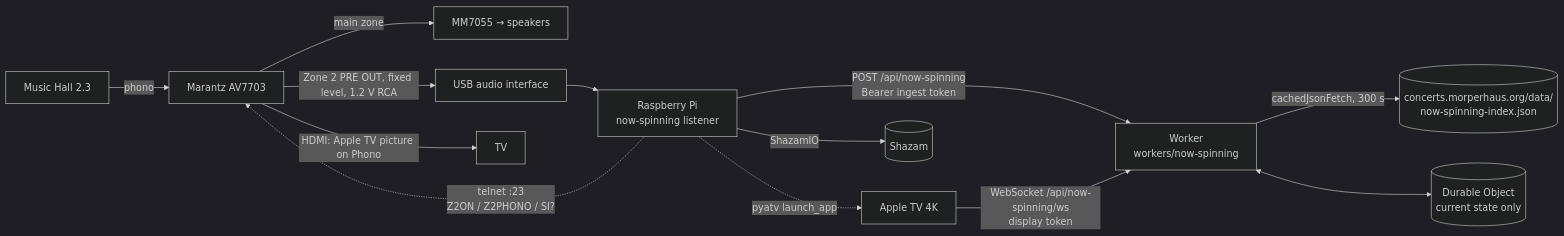
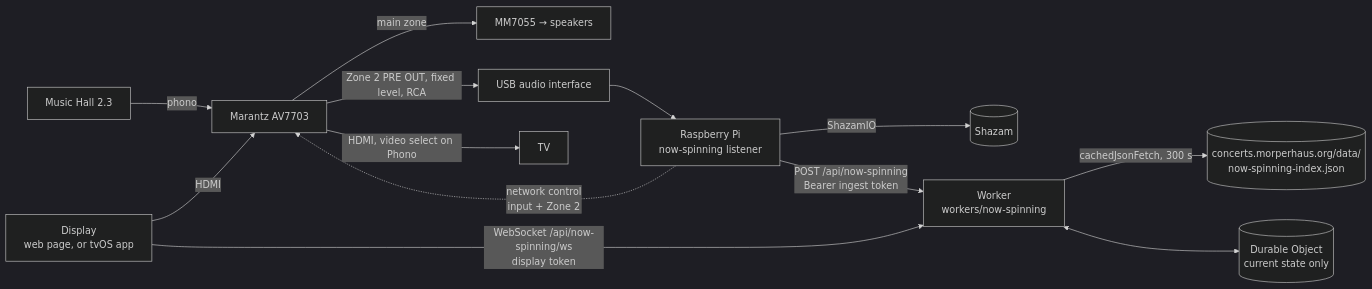
One commit to mmorper/concerts changed the first of 2 diagrams in docs/specs/future/global-now-spinning/global-now-spinning-spec.md. Above: the diagram before and after it, drawn with Mermaid (dark theme). The commit also changed other lines of this file and 6 other files, not shown here.

Commit message:
docs: Now Spinning spec v1.1.0, architecture review corrections (#685)

````diff
--- a/docs/specs/future/global-now-spinning/global-now-spinning-spec.md
+++ b/docs/specs/future/global-now-spinning/global-now-spinning-spec.md
@@ -96,15 +111,15 @@
 ```mermaid
 flowchart LR
   TT[Music Hall 2.3] -->|phono| AVR[Marantz AV7703]
   AVR -->|main zone| AMP[MM7055 → speakers]
-  AVR -->|Zone 2 PRE OUT, fixed level, 1.2 V RCA| USB[USB audio interface]
+  AVR -->|Zone 2 PRE OUT, fixed level, RCA| USB[USB audio interface]
   USB --> PI[Raspberry Pi<br/>now-spinning listener]
-  PI -.->|telnet :23<br/>Z2ON / Z2PHONO / SI?| AVR
-  PI -.->|pyatv launch_app| ATV[Apple TV 4K]
+  PI -.->|network control<br/>input + Zone 2| AVR
   PI -->|ShazamIO| SZ[(Shazam)]
   PI -->|POST /api/now-spinning<br/>Bearer ingest token| W[Worker<br/>workers/now-spinning]
   W -->|cachedJsonFetch, 300 s| D[(concerts.morperhaus.org/data/<br/>now-spinning-index.json)]
   W <--> DO[(Durable Object<br/>current state only)]
-  ATV -->|WebSocket /api/now-spinning/ws<br/>display token| W
-  AVR -->|HDMI: Apple TV picture on Phono| TV[TV]
+  DISP[Display<br/>web page, or tvOS app] -->|WebSocket /api/now-spinning/ws<br/>display token| W
+  DISP -->|HDMI| AVR
+  AVR -->|HDMI, video select on Phono| TV[TV]
 ```
````
